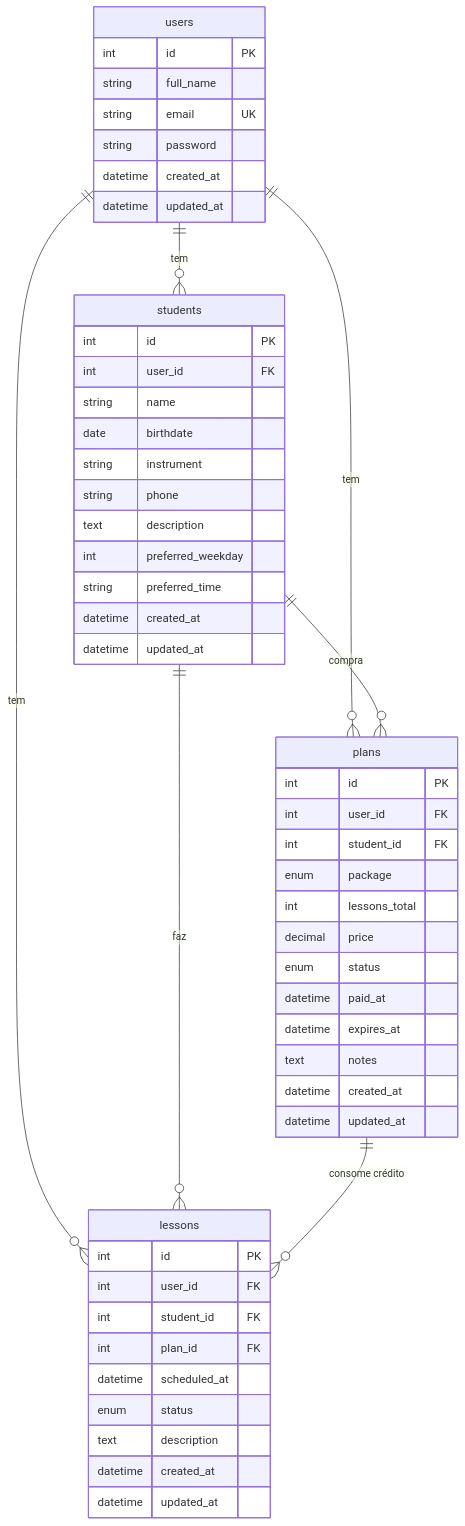
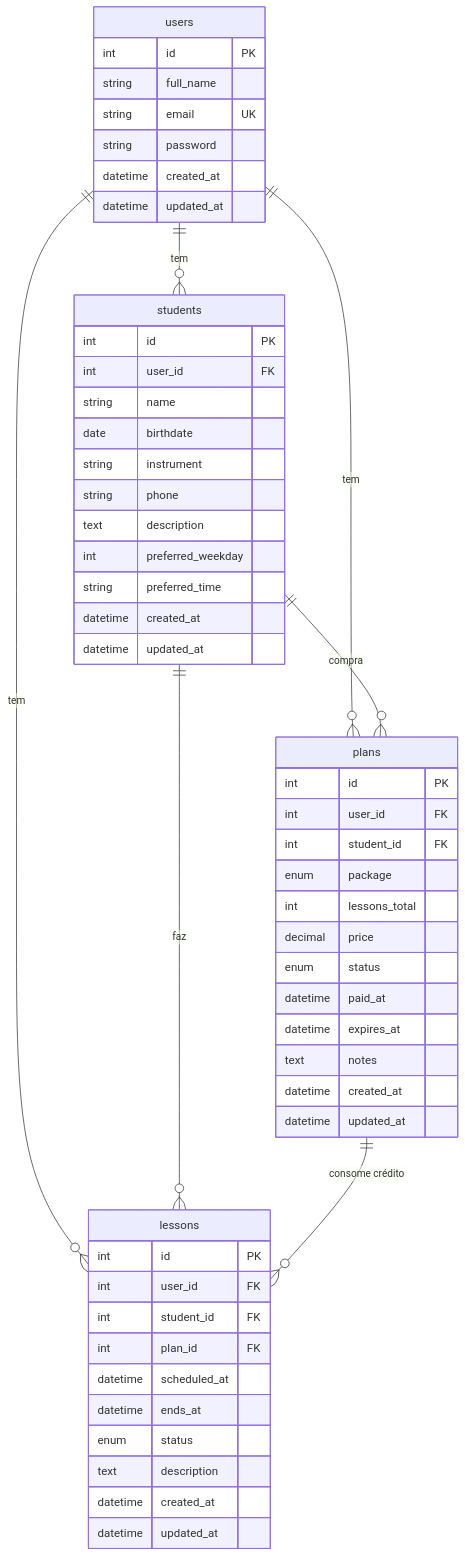
The first of 2 diagrams in docs/modelo.md (Caiokl3i/music-class), drawn with Mermaid before and after one commit. The commit also changed other lines of this file and 31 other files, not shown here.

````diff
--- a/docs/modelo.md
+++ b/docs/modelo.md
@@ -35,59 +35,60 @@
 ```mermaid
 erDiagram
     users ||--o{ students : "tem"
     users ||--o{ plans : "tem"
     users ||--o{ lessons : "tem"
     students ||--o{ plans : "compra"
     students ||--o{ lessons : "faz"
     plans ||--o{ lessons : "consome crédito"
 
     users {
         int id PK
         string full_name
         string email UK
         string password
         datetime created_at
         datetime updated_at
     }
 
     students {
         int id PK
         int user_id FK
         string name
         date birthdate
         string instrument
         string phone
         text description
         int preferred_weekday
         string preferred_time
         datetime created_at
         datetime updated_at
     }
 
     plans {
         int id PK
         int user_id FK
         int student_id FK
         enum package
         int lessons_total
         decimal price
         enum status
         datetime paid_at
         datetime expires_at
         text notes
         datetime created_at
         datetime updated_at
     }
 
     lessons {
         int id PK
         int user_id FK
         int student_id FK
         int plan_id FK
         datetime scheduled_at
+        datetime ends_at
         enum status
         text description
         datetime created_at
         datetime updated_at
     }
 ```
````
